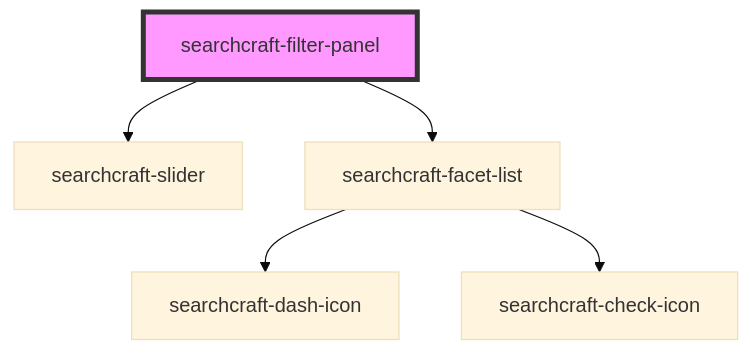
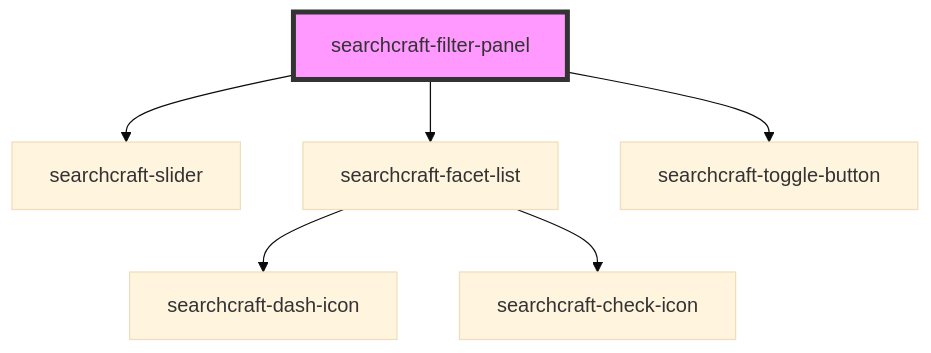
One commit to searchcraft-inc/searchcraft-javascript-sdks changed the diagram in packages/javascript-sdk/src/components/searchcraft-filter-panel/readme.md. Above: the diagram before and after it, drawn with Mermaid (base theme). The commit also changed other lines of this file and 22 other files, not shown here.

Commit message:
Adds remaining filter panel functionality re:SC-522

````diff
--- a/packages/javascript-sdk/src/components/searchcraft-filter-panel/readme.md
+++ b/packages/javascript-sdk/src/components/searchcraft-filter-panel/readme.md
@@ -30,8 +24,9 @@
 ```mermaid
 graph TD;
   searchcraft-filter-panel --> searchcraft-slider
   searchcraft-filter-panel --> searchcraft-facet-list
+  searchcraft-filter-panel --> searchcraft-toggle-button
   searchcraft-facet-list --> searchcraft-dash-icon
   searchcraft-facet-list --> searchcraft-check-icon
   style searchcraft-filter-panel fill:#f9f,stroke:#333,stroke-width:4px
 ```
````
